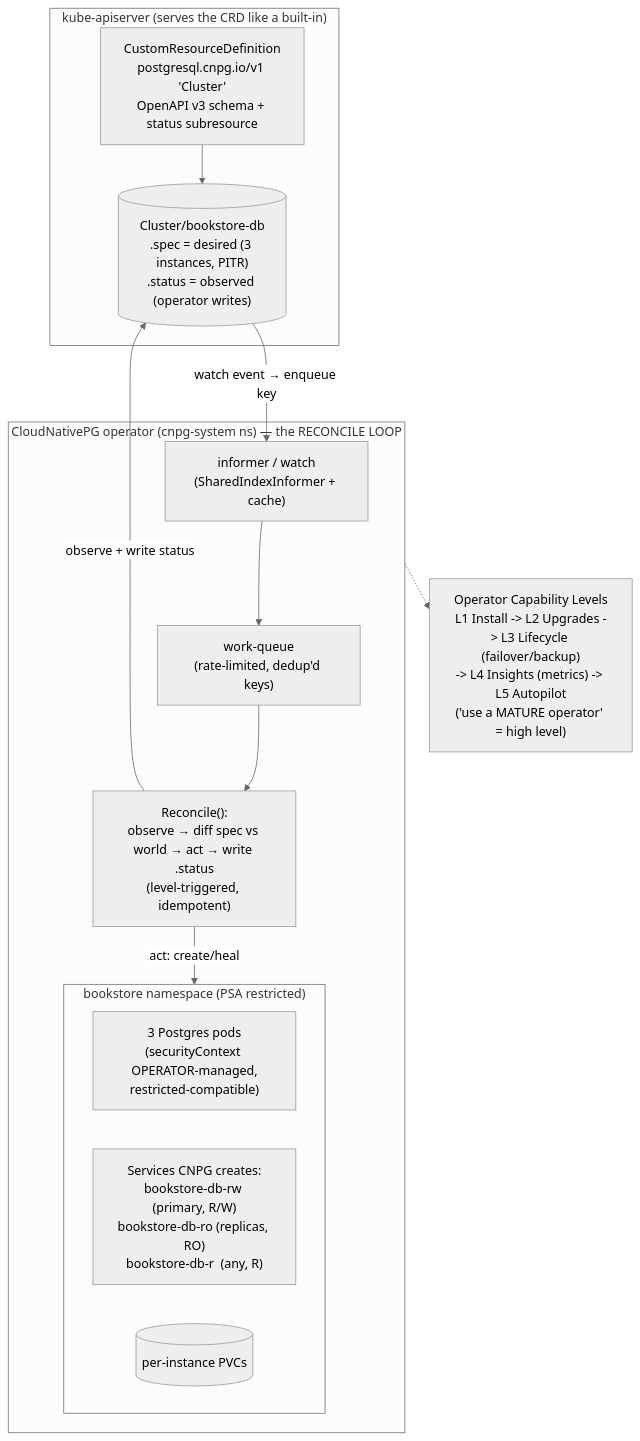
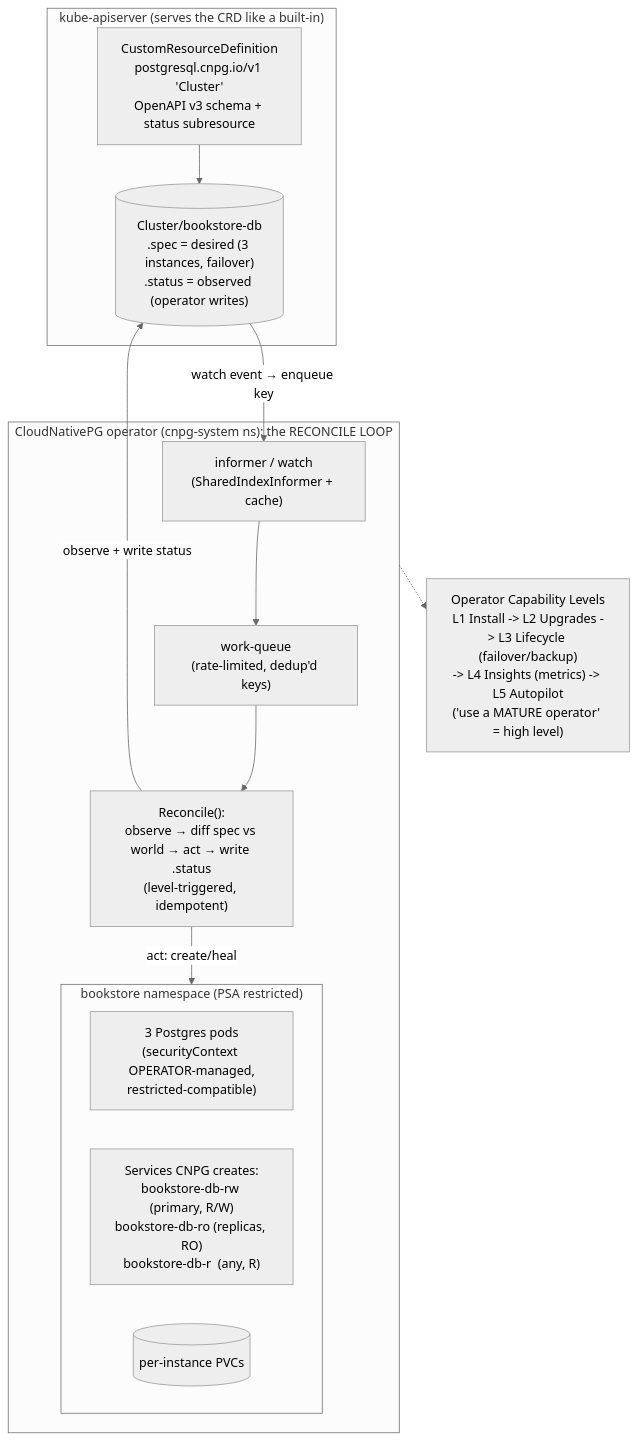
One commit to abd-ulbasit/bookstore-kubernetes-guide changed the diagram in full-guide/08-day-2-operations/05-operators-and-crds.md. Above: the diagram before and after it, drawn with Mermaid (neutral theme). The commit also changed other lines of this file and 3 other files, not shown here.

````diff
--- a/full-guide/08-day-2-operations/05-operators-and-crds.md
+++ b/full-guide/08-day-2-operations/05-operators-and-crds.md
@@ -113,27 +128,27 @@
 ```mermaid
 flowchart TB
     subgraph api["kube-apiserver (serves the CRD like a built-in)"]
       crd["CustomResourceDefinition<br/>postgresql.cnpg.io/v1 'Cluster'<br/>OpenAPI v3 schema + status subresource"]
-      cr[("Cluster/bookstore-db<br/>.spec = desired (3 instances, PITR)<br/>.status = observed (operator writes)")]
+      cr[("Cluster/bookstore-db<br/>.spec = desired (3 instances, failover)<br/>.status = observed (operator writes)")]
       crd --> cr
     end
 
-    subgraph op["CloudNativePG operator (cnpg-system ns) — the RECONCILE LOOP"]
+    subgraph op["CloudNativePG operator (cnpg-system ns): the RECONCILE LOOP"]
       inf["informer / watch<br/>(SharedIndexInformer + cache)"]
       wq["work-queue<br/>(rate-limited, dedup'd keys)"]
       rec["Reconcile():<br/>observe → diff spec vs world → act → write .status<br/>(level-triggered, idempotent)"]
       inf --> wq --> rec
       rec -->|"act: create/heal"| world
       rec -->|"observe + write status"| cr
       cr -->|"watch event → enqueue key"| inf
     end
 
     subgraph world["bookstore namespace (PSA restricted)"]
       pods["3 Postgres pods<br/>(securityContext OPERATOR-managed,<br/>restricted-compatible)"]
       svc["Services CNPG creates:<br/>bookstore-db-rw (primary, R/W)<br/>bookstore-db-ro (replicas, RO)<br/>bookstore-db-r  (any, R)"]
       pvc[("per-instance PVCs")]
     end
 
     levels["Operator Capability Levels<br/>L1 Install -> L2 Upgrades -> L3 Lifecycle (failover/backup)<br/>-> L4 Insights (metrics) -> L5 Autopilot<br/>('use a MATURE operator' = high level)"]
     op -.-> levels
 ```
````
